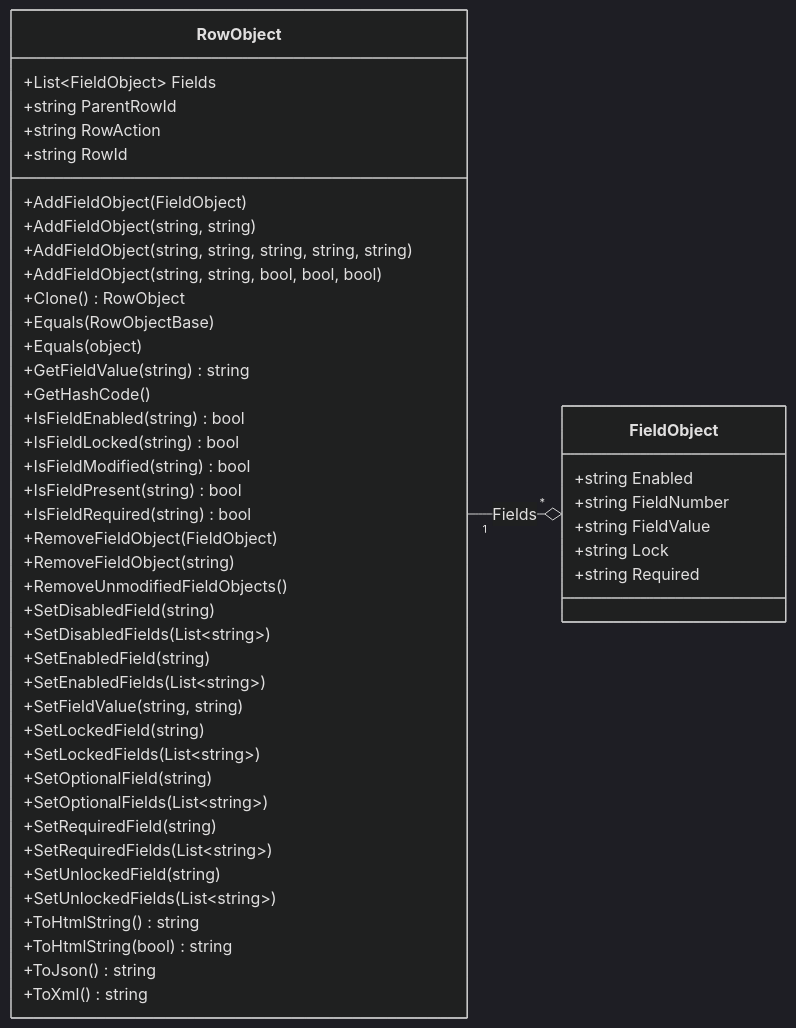
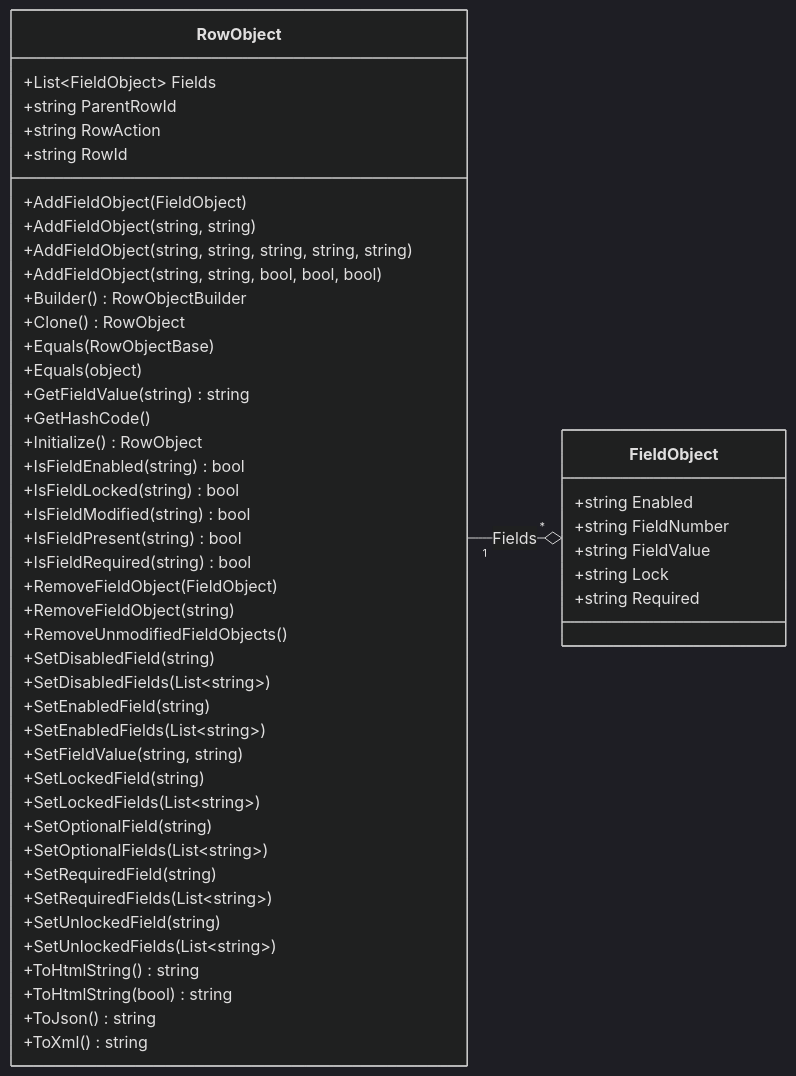
The first of 2 diagrams in docs/docs/dotnet/data-model/rowobject.mdx (rarelysimple/RarelySimple.AvatarScriptLink), drawn with Mermaid (dark theme) before and after one commit. The commit also changed other lines of this file and 3 other files, not shown here.

Commit message:
update docs to illustrate RowObjectBuilder

````diff
--- a/docs/docs/dotnet/data-model/rowobject.mdx
+++ b/docs/docs/dotnet/data-model/rowobject.mdx
@@ -15,56 +15,58 @@
 ```mermaid
 classDiagram
 direction LR
 class RowObject {
     +List~FieldObject~ Fields
     +string ParentRowId
     +string RowAction
     +string RowId
     +AddFieldObject(FieldObject)
     +AddFieldObject(string, string)
     +AddFieldObject(string, string, string, string, string)
     +AddFieldObject(string, string, bool, bool, bool)
+    +Builder() RowObjectBuilder
     +Clone() RowObject
     +Equals(RowObjectBase)
     +Equals(object)
     +GetFieldValue(string) string
     +GetHashCode()
+    +Initialize() RowObject
     +IsFieldEnabled(string) bool
     +IsFieldLocked(string) bool
     +IsFieldModified(string) bool
     +IsFieldPresent(string) bool
     +IsFieldRequired(string) bool
     +RemoveFieldObject(FieldObject)
     +RemoveFieldObject(string)
     +RemoveUnmodifiedFieldObjects()
     +SetDisabledField(string)
     +SetDisabledFields(List~string~)
     +SetEnabledField(string)
     +SetEnabledFields(List~string~)
     +SetFieldValue(string, string)
     +SetLockedField(string)
     +SetLockedFields(List~string~)
     +SetOptionalField(string)
     +SetOptionalFields(List~string~)
     +SetRequiredField(string)
     +SetRequiredFields(List~string~)
     +SetUnlockedField(string)
     +SetUnlockedFields(List~string~)
     +ToHtmlString() string
     +ToHtmlString(bool) string
     +ToJson() string
     +ToXml() string
 }
 
 class FieldObject {
     +string Enabled
     +string FieldNumber
     +string FieldValue
     +string Lock
     +string Required
 }
 
 RowObject "1" --o "*" FieldObject : Fields
 
 click FieldObject href "./fieldobject" "Learn more about the FieldObject"
 ```
````
